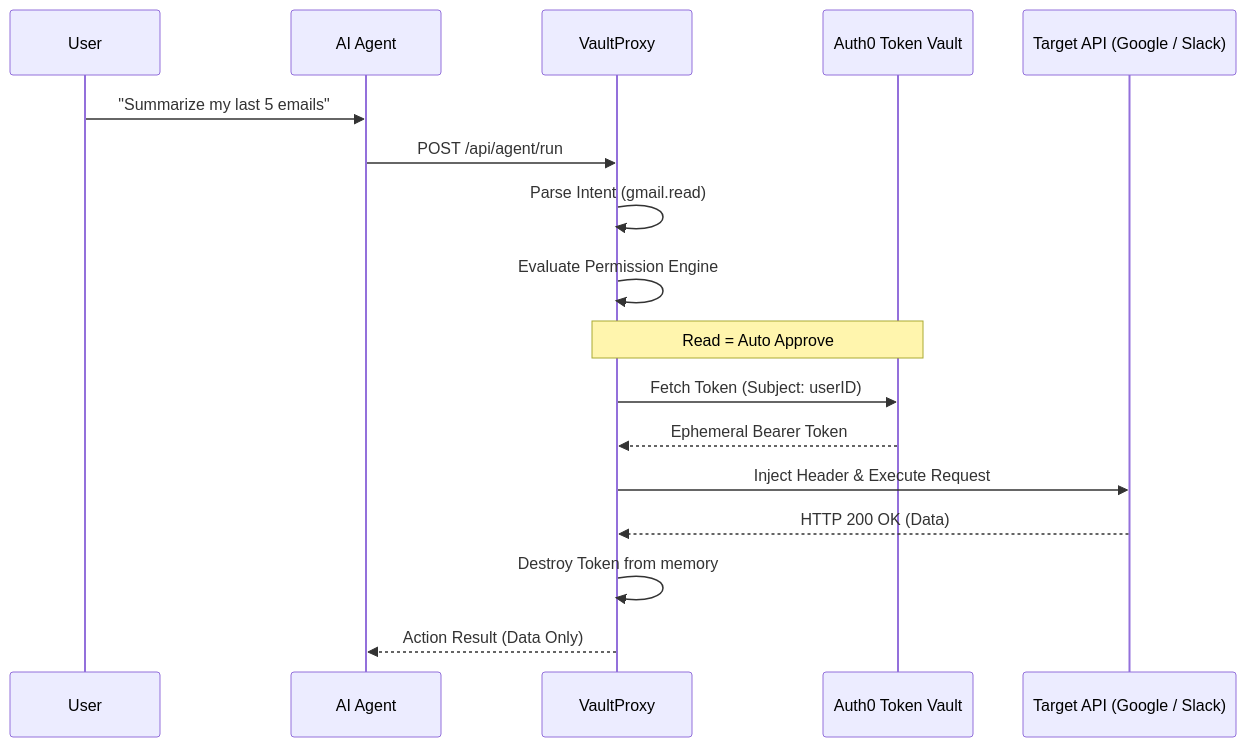
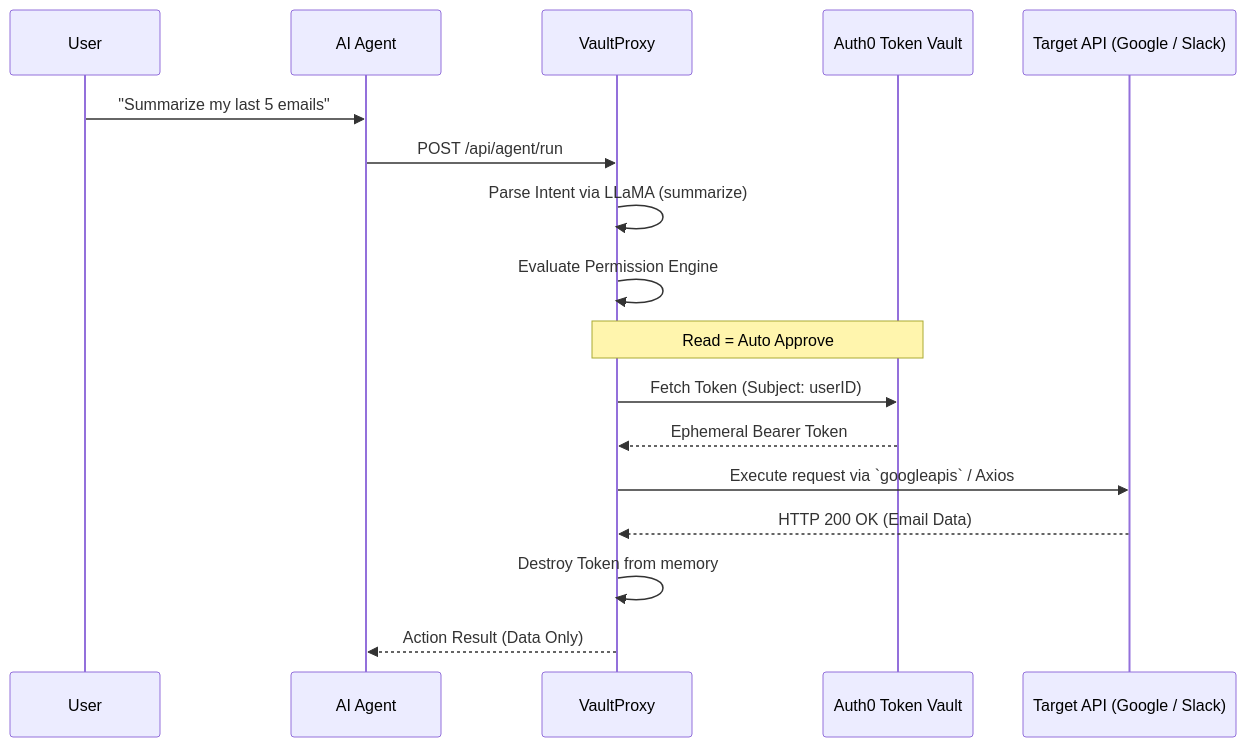
The diagram in README.md (Keerth09/auth-agent-ai), drawn with Mermaid before and after one commit. The commit also changed other lines of this file and 30 other files, not shown here.

Commit message:
feat: complete end-to-end AI pipeline architecture and purge dummy data

````diff
--- a/README.md
+++ b/README.md
@@ -41,23 +42,23 @@
 ```mermaid
 sequenceDiagram
     participant User
     participant Agent as AI Agent
     participant Proxy as VaultProxy
     participant Auth0 as Auth0 Token Vault
     participant API as Target API (Google / Slack)
 
     User->>Agent: "Summarize my last 5 emails"
     Agent->>Proxy: POST /api/agent/run
-    Proxy->>Proxy: Parse Intent (gmail.read)
+    Proxy->>Proxy: Parse Intent via LLaMA (summarize)
     Proxy->>Proxy: Evaluate Permission Engine
     
     note over Proxy, Auth0: Read = Auto Approve
     Proxy->>Auth0: Fetch Token (Subject: userID)
     Auth0-->>Proxy: Ephemeral Bearer Token
 
-    Proxy->>API: Inject Header & Execute Request
-    API-->>Proxy: HTTP 200 OK (Data)
+    Proxy->>API: Execute request via `googleapis` / Axios
+    API-->>Proxy: HTTP 200 OK (Email Data)
     
     Proxy->>Proxy: Destroy Token from memory
     Proxy-->>Agent: Action Result (Data Only)
 ```
````
